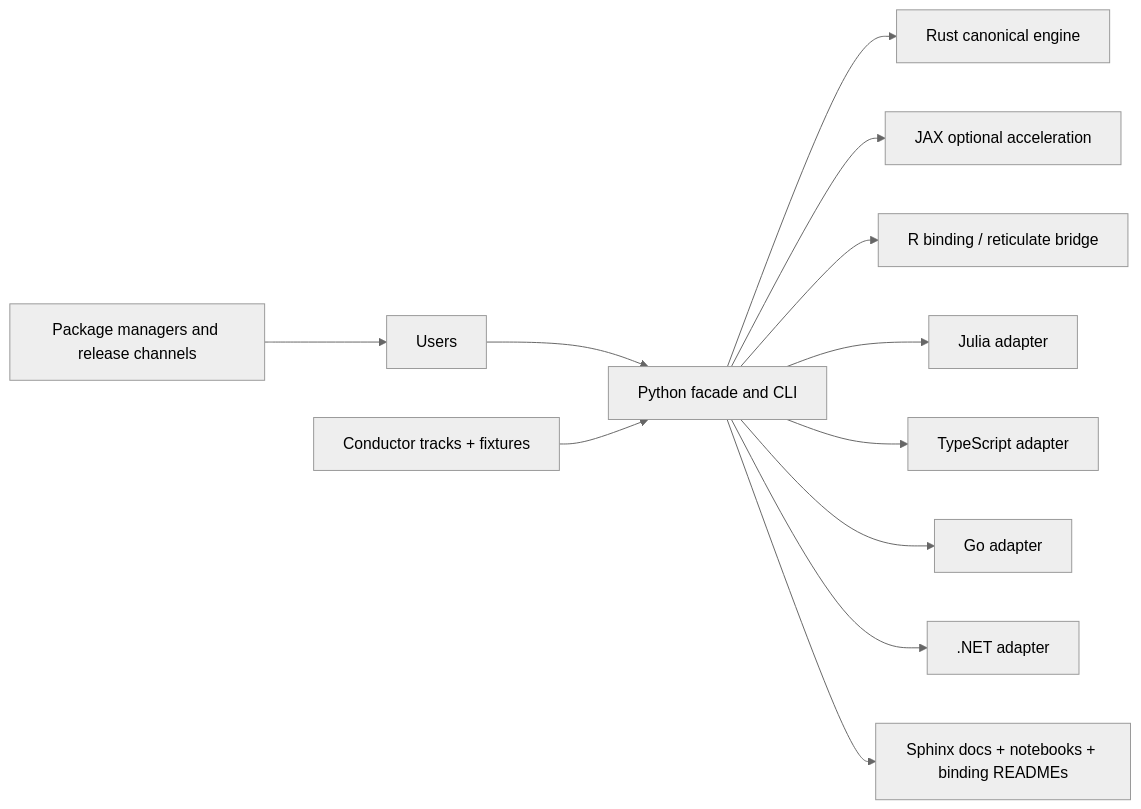
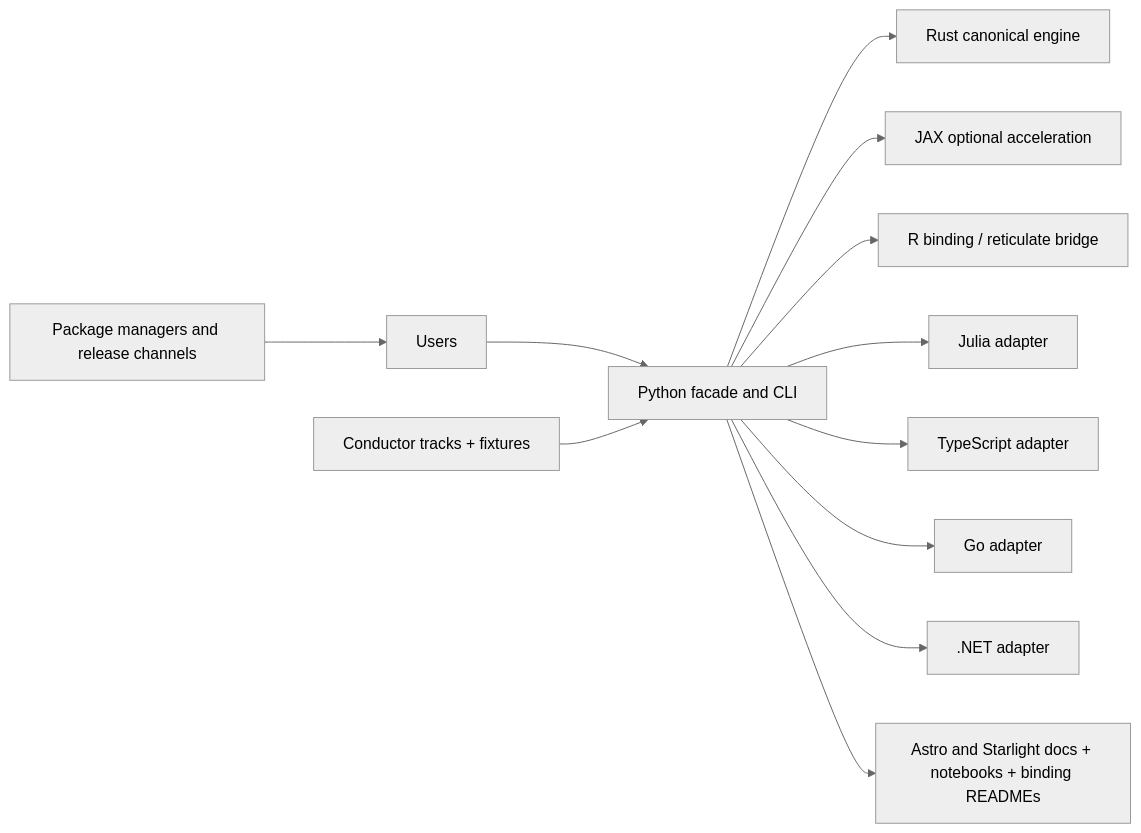
One commit to edithatogo/voiage changed the first of 2 diagrams in roadmap.md. Above: the diagram before and after it, drawn with Mermaid (neutral theme). The commit also changed other lines of this file and 25 other files, not shown here.

Commit message:
docs: standardize on Astro and Starlight (#148)

````diff
--- a/roadmap.md
+++ b/roadmap.md
@@ -620,14 +619,14 @@
 ```mermaid
 flowchart LR
   Users --> PythonFacade[Python facade and CLI]
   PythonFacade --> RustCore[Rust canonical engine]
   PythonFacade --> JAX[JAX optional acceleration]
   PythonFacade --> R[R binding / reticulate bridge]
   PythonFacade --> Julia[Julia adapter]
   PythonFacade --> TS[TypeScript adapter]
   PythonFacade --> Go[Go adapter]
   PythonFacade --> DotNet[.NET adapter]
-  PythonFacade --> Docs[Sphinx docs + notebooks + binding READMEs]
+  PythonFacade --> Docs[Astro and Starlight docs + notebooks + binding READMEs]
   Specs[Conductor tracks + fixtures] --> PythonFacade
   Registry[Package managers and release channels] --> Users
 ```
````
